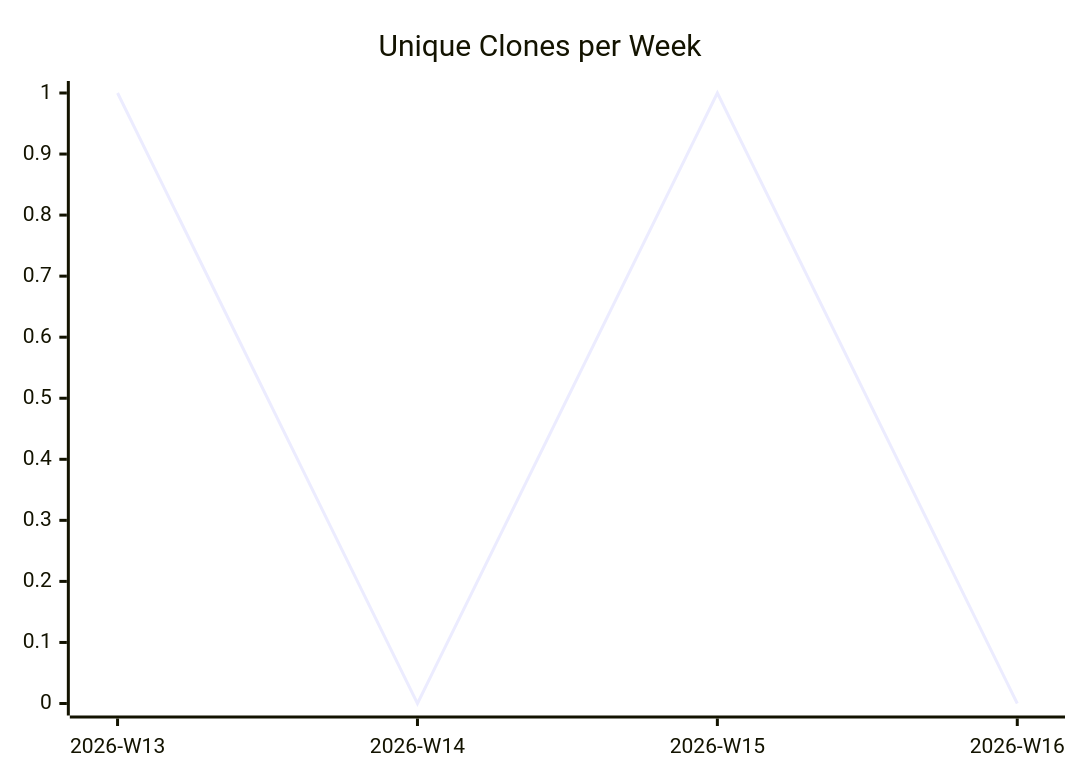
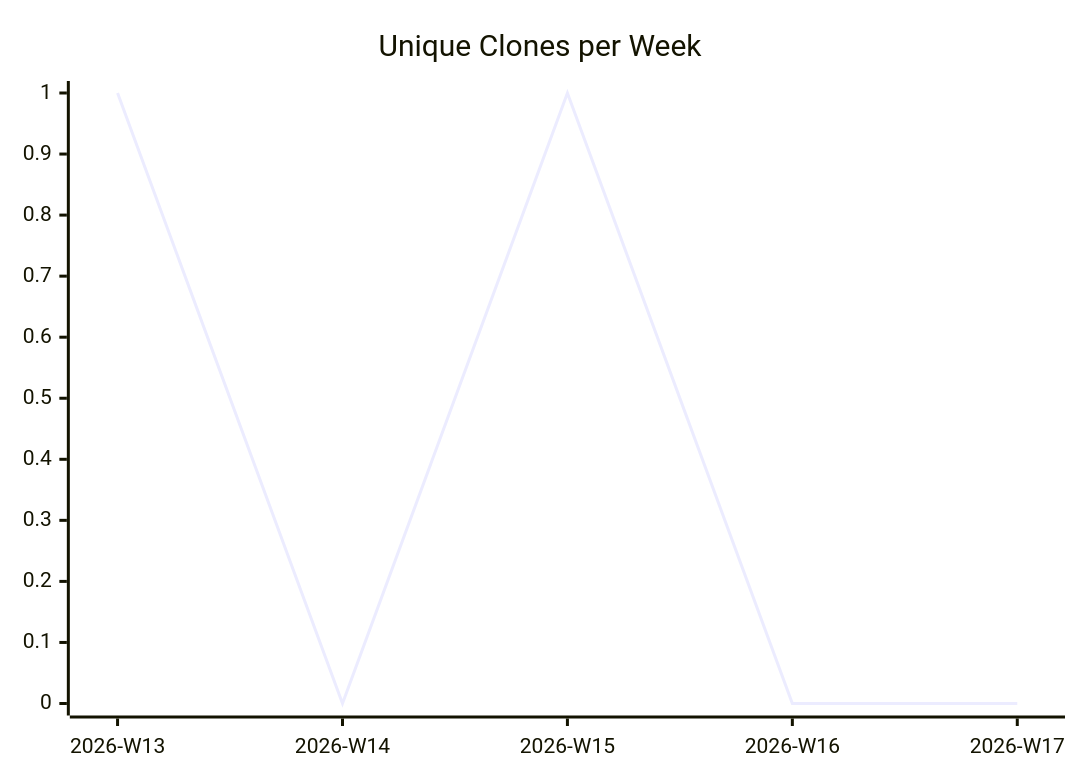
The third of 3 diagrams in karlmdavis/ansible-role-acmetool/README.md (justdavis-family/github-analytics-data), drawn with Mermaid before and after one commit. The commit also changed other lines of this file and 192 other files, not shown here.

````diff
--- a/karlmdavis/ansible-role-acmetool/README.md
+++ b/karlmdavis/ansible-role-acmetool/README.md
@@ -19,6 +19,6 @@
 ```mermaid
 xychart-beta
   title "Unique Clones per Week"
-  x-axis ["2026-W13", "2026-W14", "2026-W15", "2026-W16"]
-  line [1, 0, 1, 0]
+  x-axis ["2026-W13", "2026-W14", "2026-W15", "2026-W16", "2026-W17"]
+  line [1, 0, 1, 0, 0]
 ```
````
